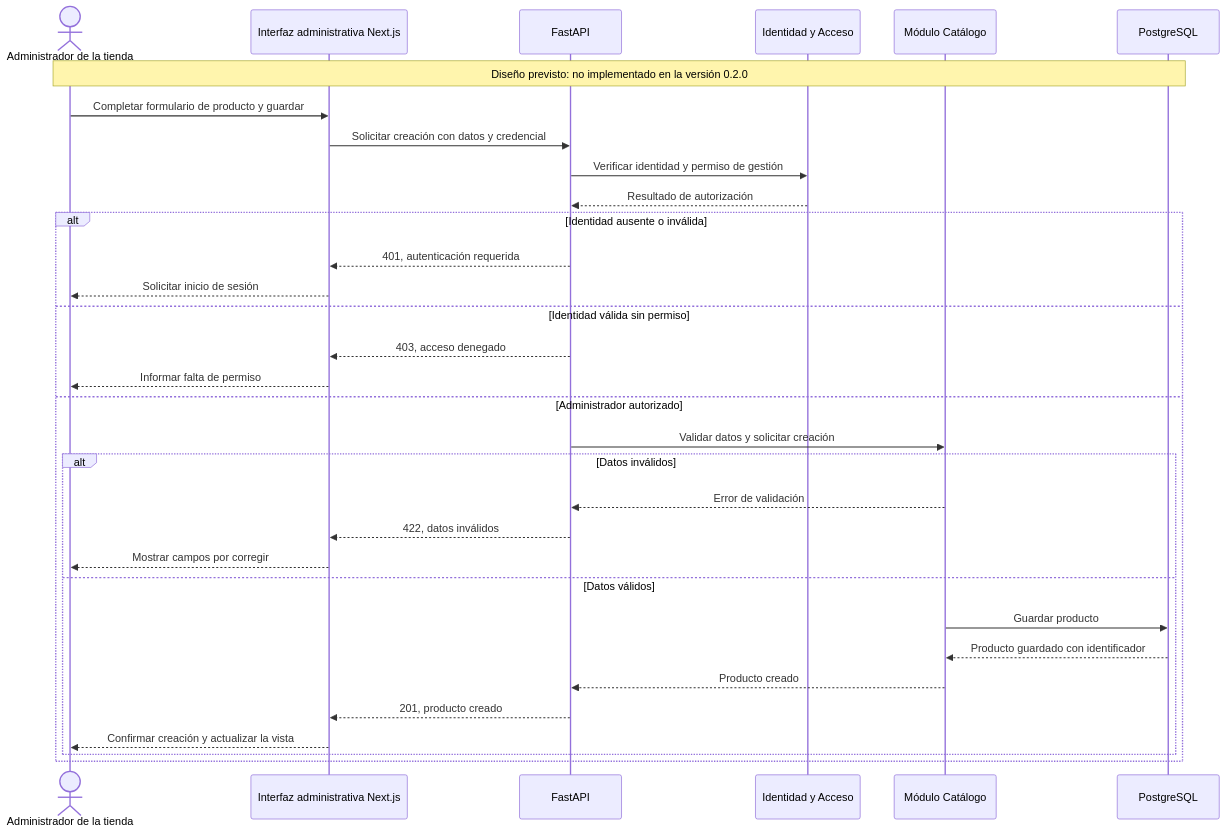
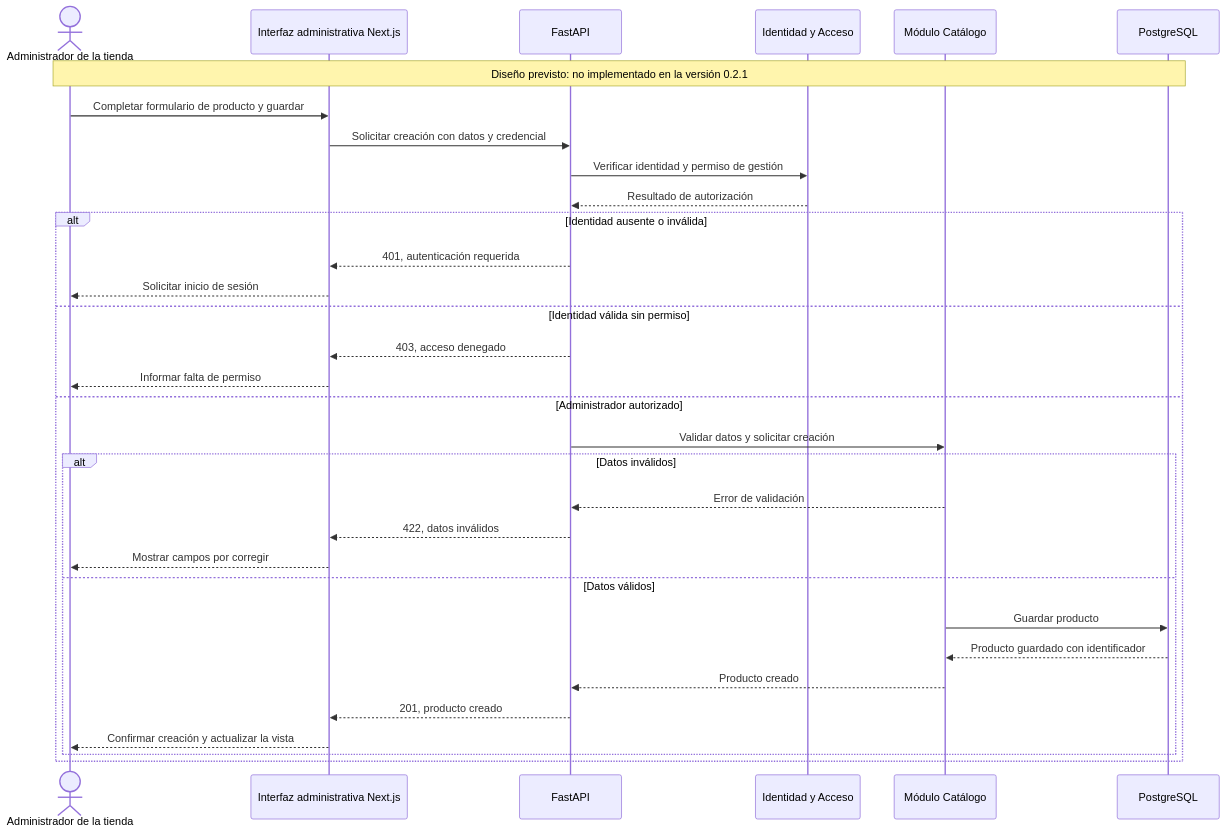
One commit to ISCOUTB/AS_202620_TIENDA-VIRTUAL-UTB changed the second of 2 diagrams in docs/api/administracion-catalogo.md. Above: the diagram before and after it, drawn with Mermaid. The commit also changed other lines of this file and 2500 other files, not shown here.

````diff
--- a/docs/api/administracion-catalogo.md
+++ b/docs/api/administracion-catalogo.md
@@ -56,35 +57,35 @@
 ```mermaid
 sequenceDiagram
     actor Admin as Administrador de la tienda
     participant Web as Interfaz administrativa Next.js
     participant API as FastAPI
     participant Identity as Identidad y Acceso
     participant Catalogo as Módulo Catálogo
     participant BD as PostgreSQL
 
-    Note over Admin,BD: Diseño previsto: no implementado en la versión 0.2.0
+    Note over Admin,BD: Diseño previsto: no implementado en la versión 0.2.1
     Admin->>Web: Completar formulario de producto y guardar
     Web->>API: Solicitar creación con datos y credencial
     API->>Identity: Verificar identidad y permiso de gestión
     Identity-->>API: Resultado de autorización
     alt Identidad ausente o inválida
         API-->>Web: 401, autenticación requerida
         Web-->>Admin: Solicitar inicio de sesión
     else Identidad válida sin permiso
         API-->>Web: 403, acceso denegado
         Web-->>Admin: Informar falta de permiso
     else Administrador autorizado
         API->>Catalogo: Validar datos y solicitar creación
         alt Datos inválidos
             Catalogo-->>API: Error de validación
             API-->>Web: 422, datos inválidos
             Web-->>Admin: Mostrar campos por corregir
         else Datos válidos
             Catalogo->>BD: Guardar producto
             BD-->>Catalogo: Producto guardado con identificador
             Catalogo-->>API: Producto creado
             API-->>Web: 201, producto creado
             Web-->>Admin: Confirmar creación y actualizar la vista
         end
     end
 ```
````
